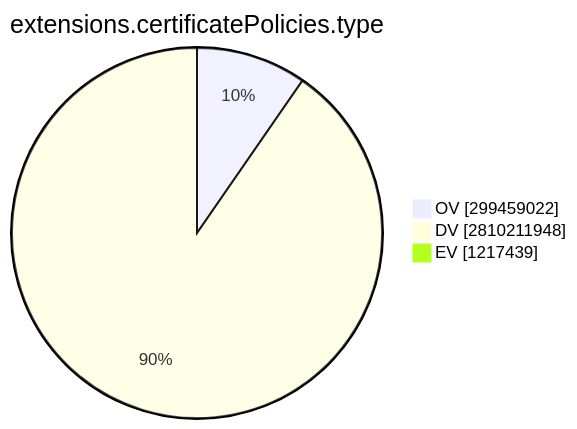
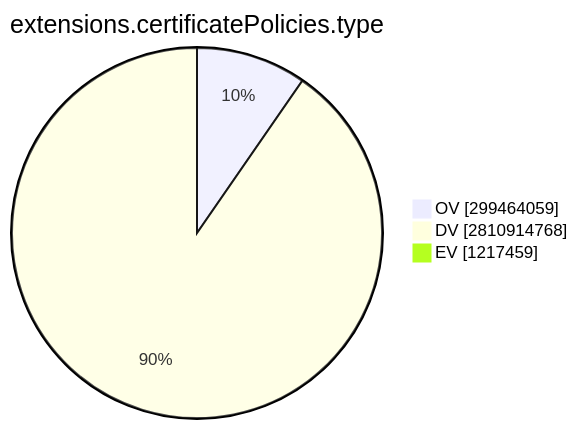
Before and after one commit to christiankrug/ctmonitor_visualization: the ninth of 15 diagrams in TOTAL/README.md, drawn with Mermaid. The commit also changed other lines of this file, not shown here.

````diff
--- a/TOTAL/README.md
+++ b/TOTAL/README.md
@@ -3101,7 +3101,7 @@
 ```mermaid
 pie showData
 title extensions.certificatePolicies.type
-"OV" :299459022
-"DV" :2810211948
-"EV" :1217439
+"OV" :299464059
+"DV" :2810914768
+"EV" :1217459
 ```
````
